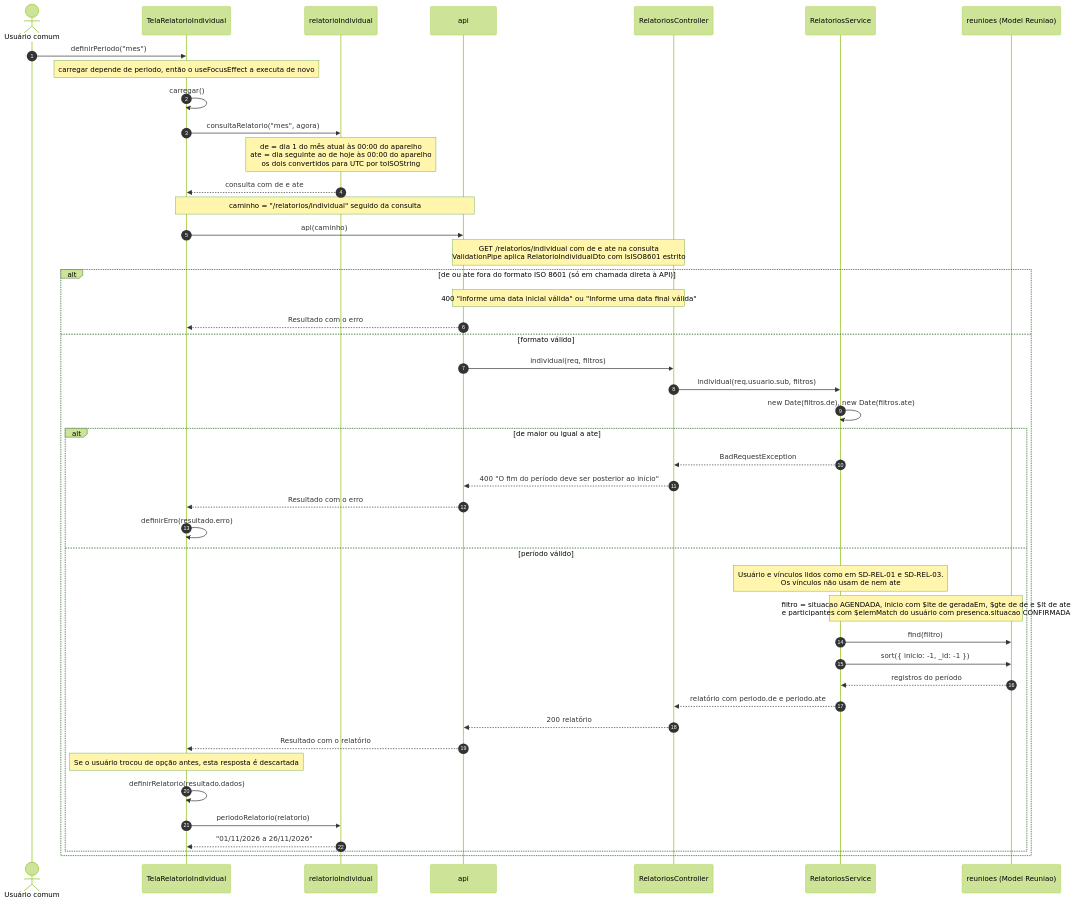
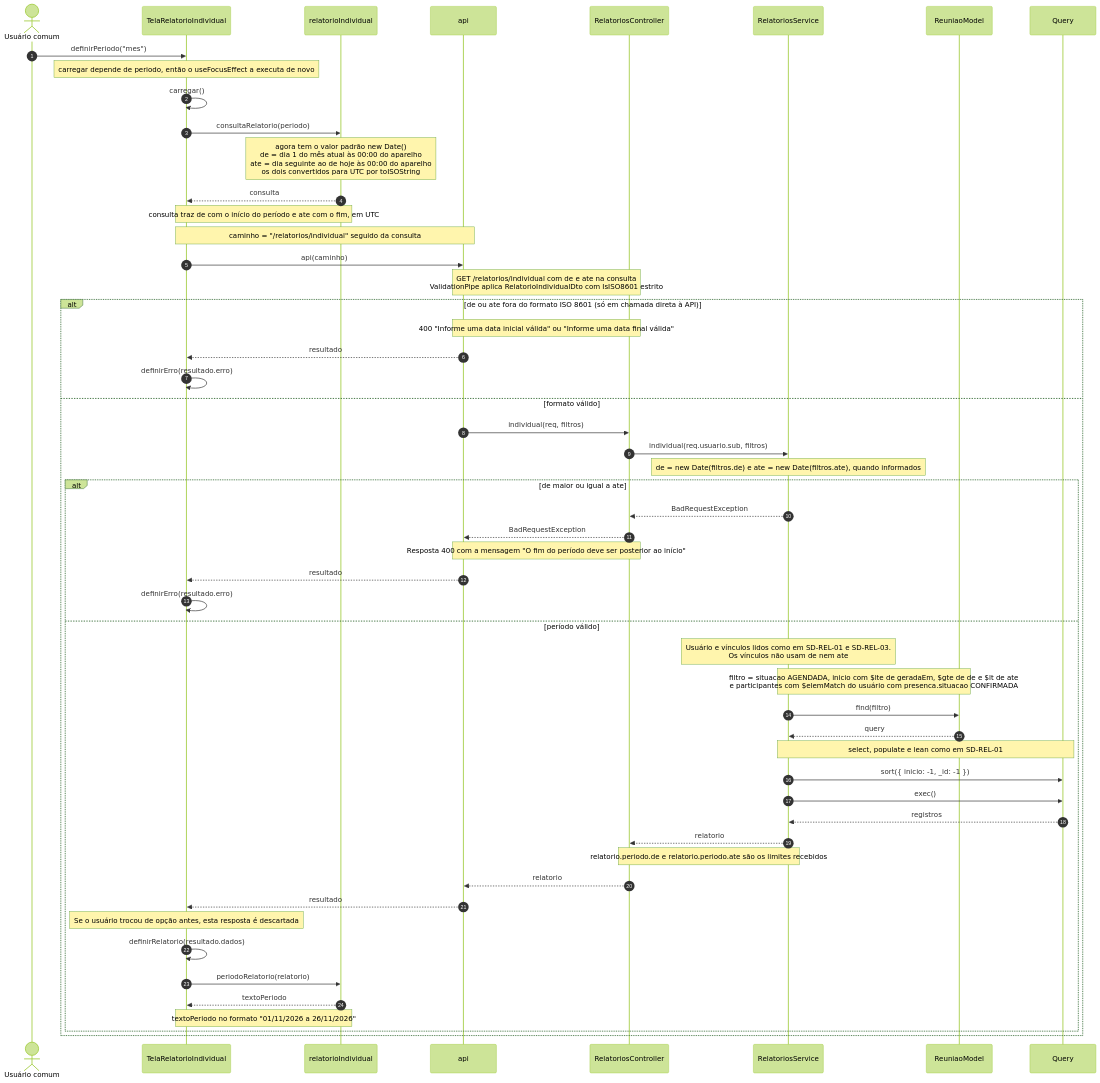
One commit to Conecta-IFSP/DOCUMENTATION changed the second of 5 diagrams in 4 - Incremento 3/relatorio-individual/6 - diagramas-sequencia-relatorio-individual.md. Above: the diagram before and after it, drawn with Mermaid (forest theme). The commit also changed other lines of this file and 97 other files, not shown here.

````diff
--- a/4 - Incremento 3/relatorio-individual/6 - diagramas-sequencia-relatorio-individual.md
+++ b/4 - Incremento 3/relatorio-individual/6 - diagramas-sequencia-relatorio-individual.md
@@ -66,47 +80,56 @@
 ```mermaid
 sequenceDiagram
     autonumber
     actor U as Usuário comum
     participant T as TelaRelatorioIndividual
     participant F as relatorioIndividual
     participant A as api
     participant C as RelatoriosController
     participant S as RelatoriosService
-    participant MR as reunioes (Model Reuniao)
+    participant MR as ReuniaoModel
+    participant Q as Query
     U->>T: definirPeriodo("mes")
     Note over T: carregar depende de periodo, então o useFocusEffect a executa de novo
     T->>T: carregar()
-    T->>F: consultaRelatorio("mes", agora)
-    Note over F: de = dia 1 do mês atual às 00:00 do aparelho<br/>ate = dia seguinte ao de hoje às 00:00 do aparelho<br/>os dois convertidos para UTC por toISOString
-    F-->>T: consulta com de e ate
+    T->>F: consultaRelatorio(periodo)
+    Note over F: agora tem o valor padrão new Date()<br/>de = dia 1 do mês atual às 00:00 do aparelho<br/>ate = dia seguinte ao de hoje às 00:00 do aparelho<br/>os dois convertidos para UTC por toISOString
+    F-->>T: consulta
+    Note over T,F: consulta traz de com o início do período e ate com o fim, em UTC
     Note over T,A: caminho = "/relatorios/individual" seguido da consulta
     T->>A: api(caminho)
     Note over A,C: GET /relatorios/individual com de e ate na consulta<br/>ValidationPipe aplica RelatorioIndividualDto com IsISO8601 estrito
     alt de ou ate fora do formato ISO 8601 (só em chamada direta à API)
         Note over A,C: 400 "Informe uma data inicial válida" ou "Informe uma data final válida"
-        A-->>T: Resultado com o erro
+        A-->>T: resultado
+        T->>T: definirErro(resultado.erro)
     else formato válido
         A->>C: individual(req, filtros)
         C->>S: individual(req.usuario.sub, filtros)
-        S->>S: new Date(filtros.de), new Date(filtros.ate)
+        Note over S: de = new Date(filtros.de) e ate = new Date(filtros.ate), quando informados
         alt de maior ou igual a ate
             S-->>C: BadRequestException
-            C-->>A: 400 "O fim do período deve ser posterior ao início"
-            A-->>T: Resultado com o erro
+            C-->>A: BadRequestException
+            Note over A,C: Resposta 400 com a mensagem "O fim do período deve ser posterior ao início"
+            A-->>T: resultado
             T->>T: definirErro(resultado.erro)
         else período válido
             Note over S: Usuário e vínculos lidos como em SD-REL-01 e SD-REL-03.<br/>Os vínculos não usam de nem ate
             Note over S,MR: filtro = situacao AGENDADA, inicio com $lte de geradaEm, $gte de de e $lt de ate<br/>e participantes com $elemMatch do usuário com presenca.situacao CONFIRMADA
             S->>MR: find(filtro)
-            S->>MR: sort({ inicio: -1, _id: -1 })
-            MR-->>S: registros do período
-            S-->>C: relatório com periodo.de e periodo.ate
-            C-->>A: 200 relatório
-            A-->>T: Resultado com o relatório
+            MR-->>S: query
+            Note over S,Q: select, populate e lean como em SD-REL-01
+            S->>Q: sort({ inicio: -1, _id: -1 })
+            S->>Q: exec()
+            Q-->>S: registros
+            S-->>C: relatorio
+            Note over S,C: relatorio.periodo.de e relatorio.periodo.ate são os limites recebidos
+            C-->>A: relatorio
+            A-->>T: resultado
             Note over T: Se o usuário trocou de opção antes, esta resposta é descartada
             T->>T: definirRelatorio(resultado.dados)
             T->>F: periodoRelatorio(relatorio)
-            F-->>T: "01/11/2026 a 26/11/2026"
+            F-->>T: textoPeriodo
+            Note over T,F: textoPeriodo no formato "01/11/2026 a 26/11/2026"
         end
     end
 ```
````
